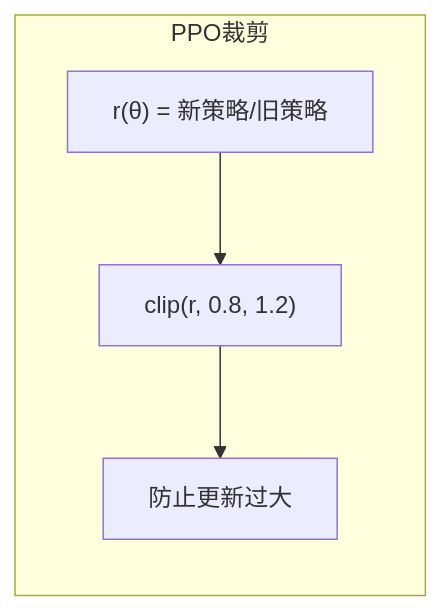
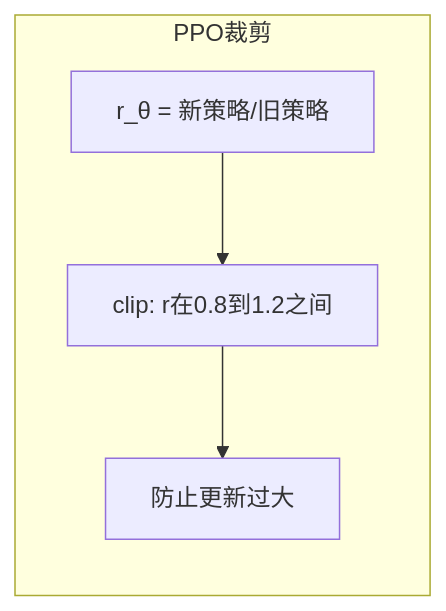
Before and after one commit to Xunzhuo/mini-sglang: the fourth of 15 diagrams in learning/website/docs/basics/11.5-rl-strategies.md, drawn with Mermaid. The commit also changed 6 other files, not shown here.

````diff
--- a/learning/website/docs/basics/11.5-rl-strategies.md
+++ b/learning/website/docs/basics/11.5-rl-strategies.md
@@ -88,8 +88,8 @@
 ```mermaid
 graph LR
     subgraph PPO裁剪
-        R["r(θ) = 新策略/旧策略"]
-        R --> C["clip(r, 0.8, 1.2)"]
+        R["r_θ = 新策略/旧策略"]
+        R --> C["clip: r在0.8到1.2之间"]
         C --> L["防止更新过大"]
     end
 ```
````
